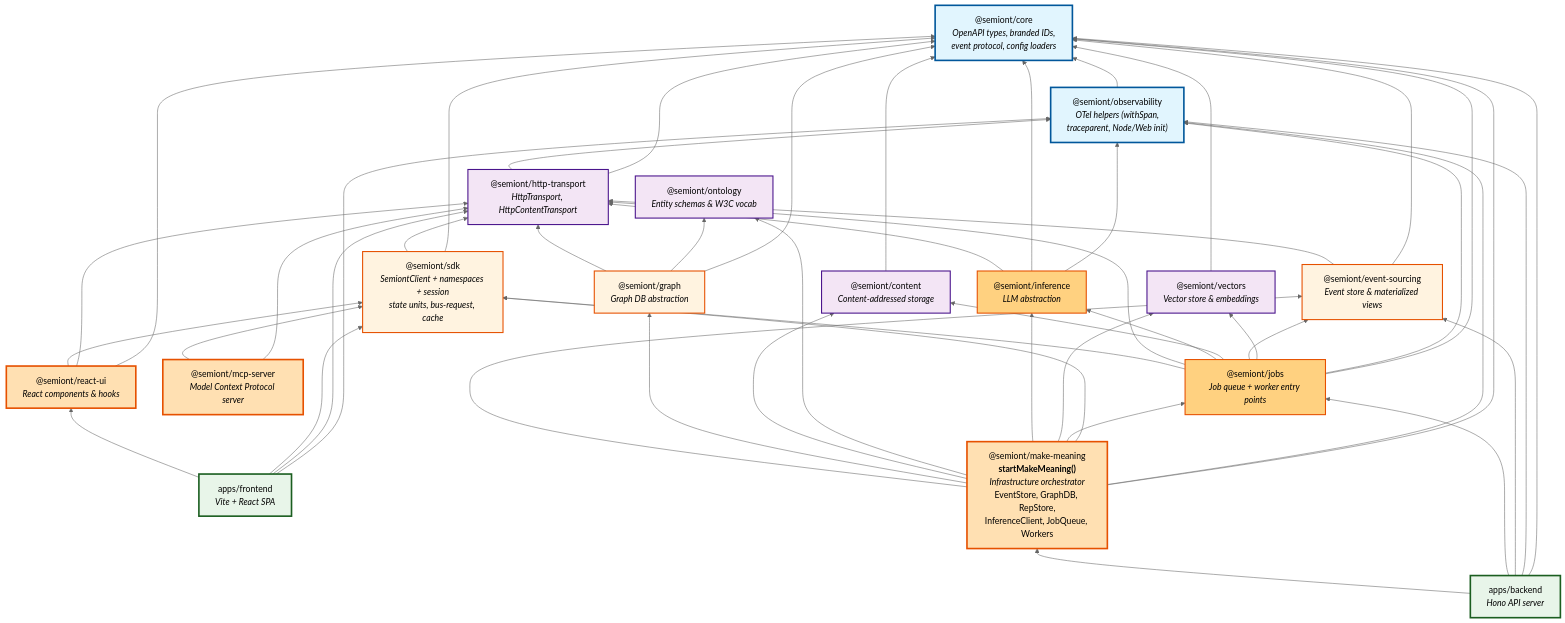
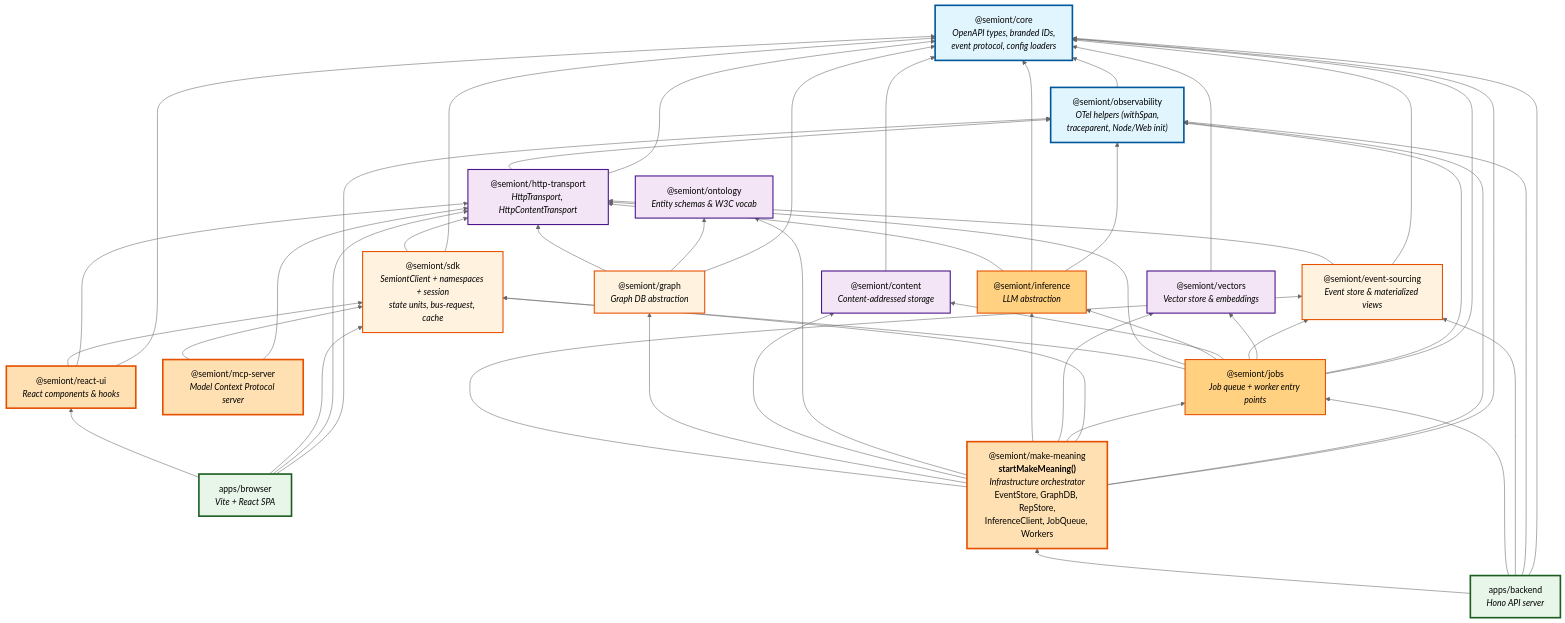
Before and after one commit to The-AI-Alliance/semiont: the diagram in docs/system/PACKAGE-ARCHITECTURE.md, drawn with Mermaid (neutral theme). The commit also changed other lines of this file and 248 other files, not shown here.

```diff
--- a/docs/system/PACKAGE-ARCHITECTURE.md
+++ b/docs/system/PACKAGE-ARCHITECTURE.md
@@ -10,7 +10,7 @@
 graph BT
     %% Layer 5: Application Consumers
     backend["apps/backend<br/><i>Hono API server</i>"]
-    frontend["apps/frontend<br/><i>Vite + React SPA</i>"]
+    frontend["apps/browser<br/><i>Vite + React SPA</i>"]
 
     %% Layer 4: Application Logic
     meaning["@semiont/make-meaning<br/><b>startMakeMeaning()</b><br/><i>Infrastructure orchestrator</i><br/>EventStore, GraphDB, RepStore,<br/>InferenceClient, JobQueue, Workers"]
```
